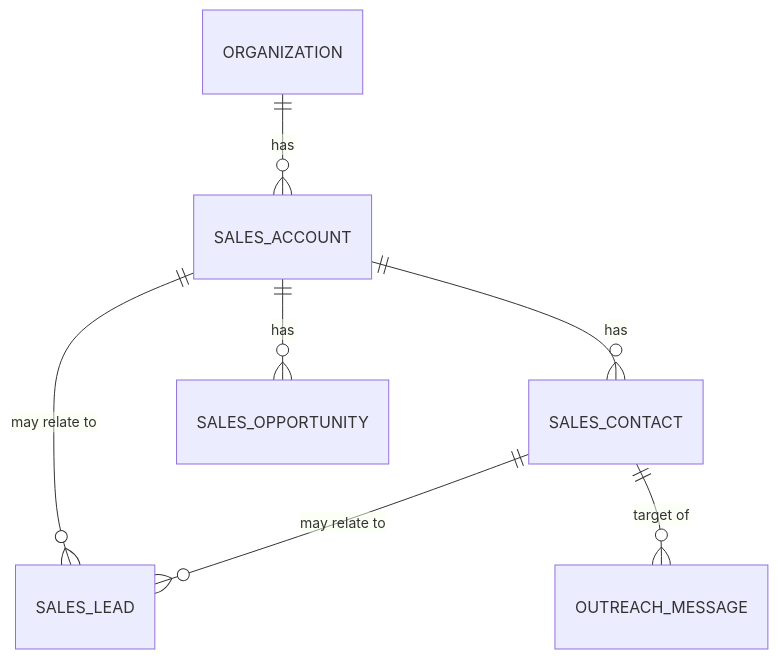
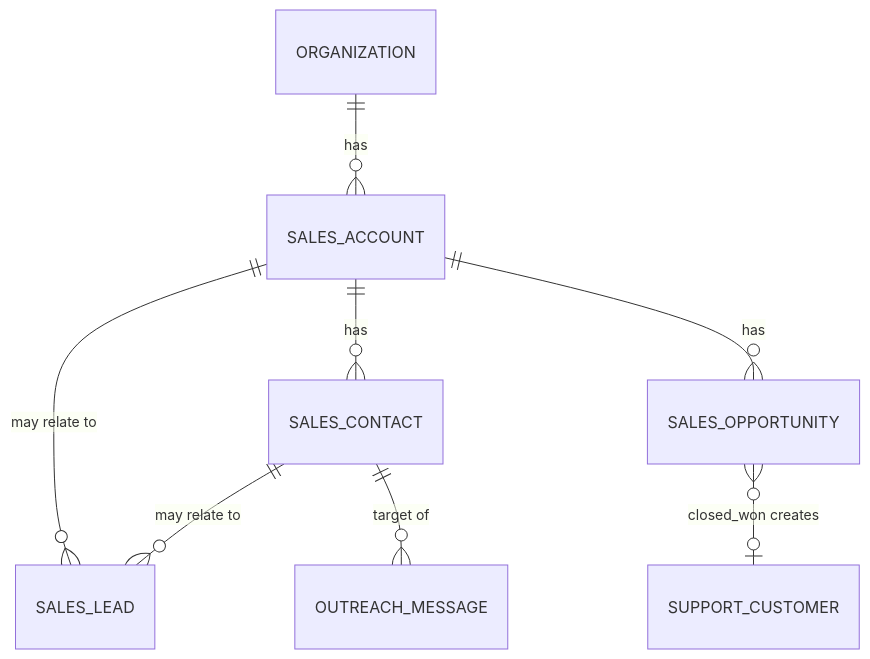
One commit to rabbit285/agora-os changed the fourth of 7 diagrams in docs/DOMAIN_MODEL.md. Above: the diagram before and after it, drawn with Mermaid. The commit also changed other lines of this file and 16 other files, not shown here.

````diff
--- a/docs/DOMAIN_MODEL.md
+++ b/docs/DOMAIN_MODEL.md
@@ -171,9 +171,10 @@
 ```mermaid
 erDiagram
   ORGANIZATION ||--o{ SALES_ACCOUNT : has
   SALES_ACCOUNT ||--o{ SALES_CONTACT : has
   SALES_ACCOUNT ||--o{ SALES_OPPORTUNITY : has
   SALES_ACCOUNT ||--o{ SALES_LEAD : "may relate to"
   SALES_CONTACT ||--o{ SALES_LEAD : "may relate to"
   SALES_CONTACT ||--o{ OUTREACH_MESSAGE : "target of"
+  SALES_OPPORTUNITY }o--o| SUPPORT_CUSTOMER : "closed_won creates"
 ```
````
